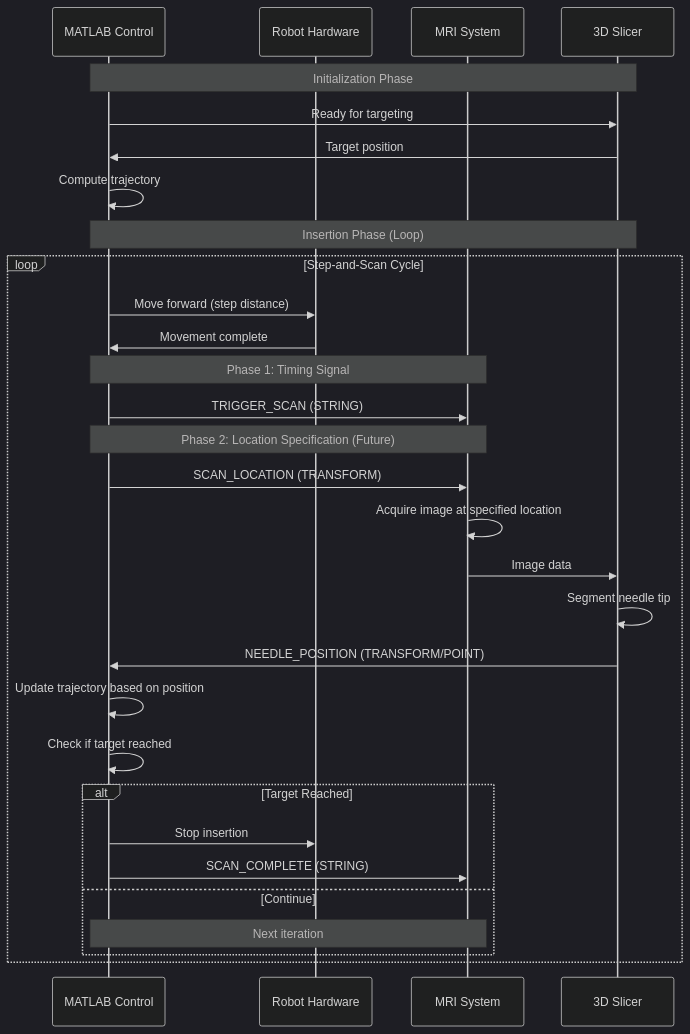
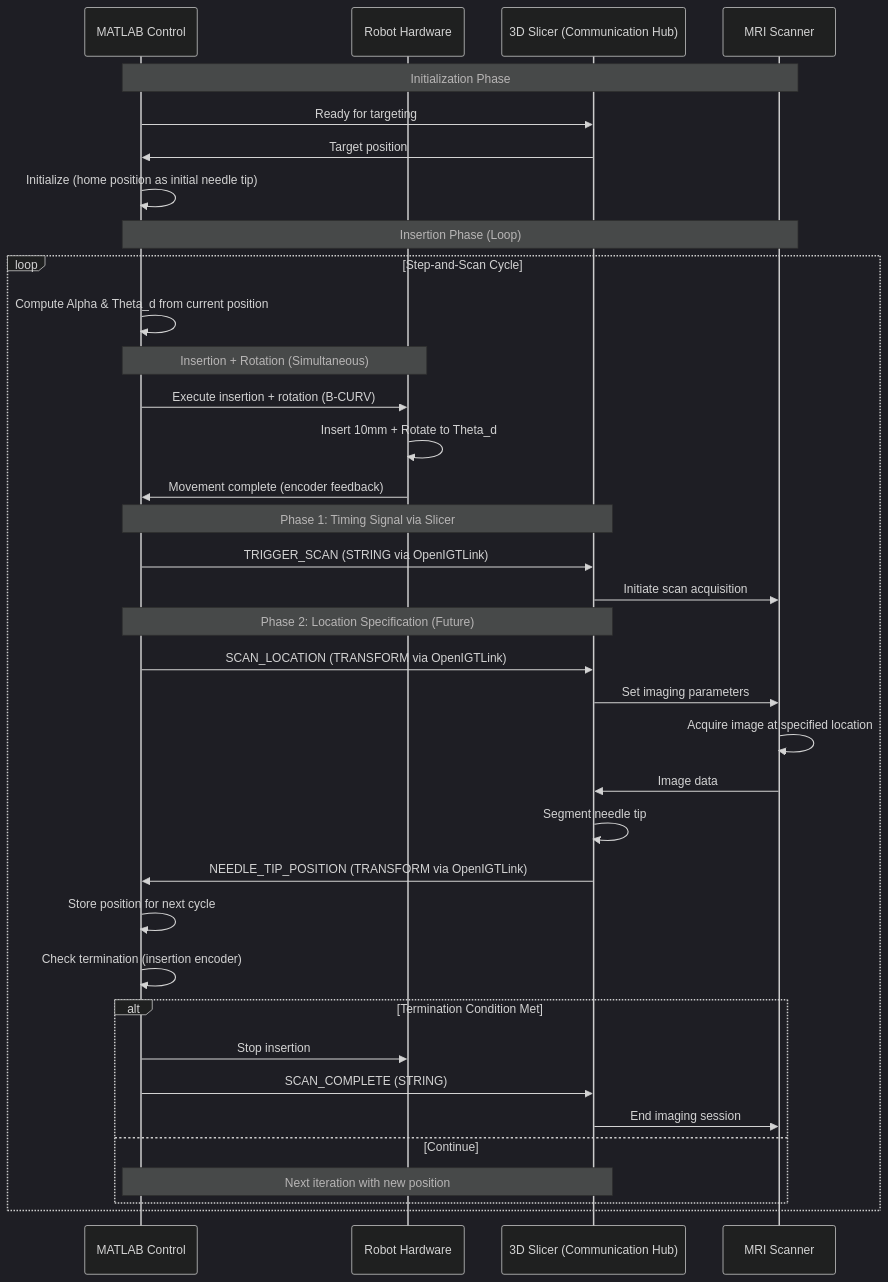
Before and after one commit to ProstateBRP/BRPRobot2021: the first of 2 diagrams in WPI/Matlab/MRI_FEEDBACK_INTEGRATION_PROPOSAL.md, drawn with Mermaid (dark theme). The commit also changed other lines of this file, not shown here.

First line of the commit message:
Revise MRI feedback proposal for B-CURV control

````diff
--- a/WPI/Matlab/MRI_FEEDBACK_INTEGRATION_PROPOSAL.md
+++ b/WPI/Matlab/MRI_FEEDBACK_INTEGRATION_PROPOSAL.md
@@ -54,39 +95,46 @@
 ```mermaid
 sequenceDiagram
     participant MATLAB as MATLAB Control
     participant Robot as Robot Hardware
-    participant MRI as MRI System
-    participant Slicer as 3D Slicer
+    participant Slicer as 3D Slicer (Communication Hub)
+    participant MRI as MRI Scanner
 
-    Note over MATLAB,Slicer: Initialization Phase
+    Note over MATLAB,MRI: Initialization Phase
     MATLAB->>Slicer: Ready for targeting
     Slicer->>MATLAB: Target position
-    MATLAB->>MATLAB: Compute trajectory
+    MATLAB->>MATLAB: Initialize (home position as initial needle tip)
     
-    Note over MATLAB,Slicer: Insertion Phase (Loop)
+    Note over MATLAB,MRI: Insertion Phase (Loop)
     loop Step-and-Scan Cycle
-        MATLAB->>Robot: Move forward (step distance)
-        Robot->>MATLAB: Movement complete
+        MATLAB->>MATLAB: Compute Alpha & Theta_d from current position
         
-        Note over MATLAB,MRI: Phase 1: Timing Signal
-        MATLAB->>MRI: TRIGGER_SCAN (STRING)
+        Note over MATLAB,Robot: Insertion + Rotation (Simultaneous)
+        MATLAB->>Robot: Execute insertion + rotation (B-CURV)
+        Robot->>Robot: Insert 10mm + Rotate to Theta_d
+        Robot->>MATLAB: Movement complete (encoder feedback)
         
-        Note over MATLAB,MRI: Phase 2: Location Specification (Future)
-        MATLAB->>MRI: SCAN_LOCATION (TRANSFORM)
+        Note over MATLAB,Slicer: Phase 1: Timing Signal via Slicer
+        MATLAB->>Slicer: TRIGGER_SCAN (STRING via OpenIGTLink)
+        Slicer->>MRI: Initiate scan acquisition
+        
+        Note over MATLAB,Slicer: Phase 2: Location Specification (Future)
+        MATLAB->>Slicer: SCAN_LOCATION (TRANSFORM via OpenIGTLink)
+        Slicer->>MRI: Set imaging parameters
         
         MRI->>MRI: Acquire image at specified location
         MRI->>Slicer: Image data
         Slicer->>Slicer: Segment needle tip
-        Slicer->>MATLAB: NEEDLE_POSITION (TRANSFORM/POINT)
+        Slicer->>MATLAB: NEEDLE_TIP_POSITION (TRANSFORM via OpenIGTLink)
         
-        MATLAB->>MATLAB: Update trajectory based on position
-        MATLAB->>MATLAB: Check if target reached
+        MATLAB->>MATLAB: Store position for next cycle
+        MATLAB->>MATLAB: Check termination (insertion encoder)
         
-        alt Target Reached
+        alt Termination Condition Met
             MATLAB->>Robot: Stop insertion
-            MATLAB->>MRI: SCAN_COMPLETE (STRING)
+            MATLAB->>Slicer: SCAN_COMPLETE (STRING)
+            Slicer->>MRI: End imaging session
         else Continue
-            Note over MATLAB,MRI: Next iteration
+            Note over MATLAB,Slicer: Next iteration with new position
         end
     end
 ```
````
